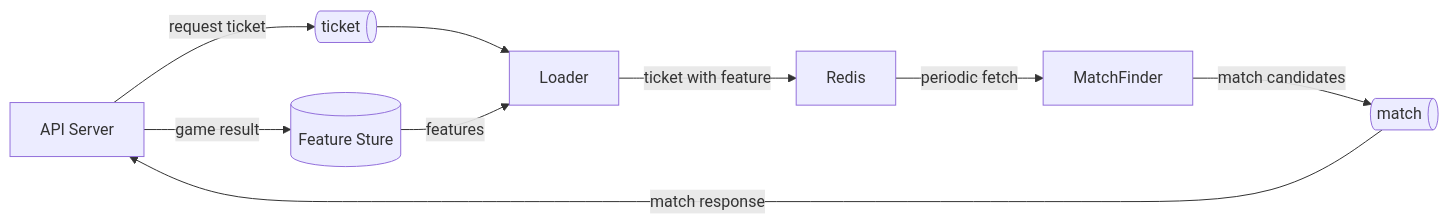
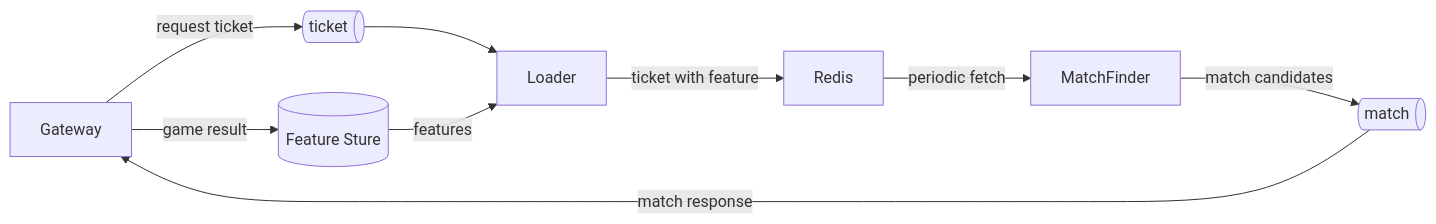
Before and after one commit to chaewonkong/matchmaker: the diagram in architecture.md, drawn with Mermaid. The commit also changed 6 other files, not shown here.

Commit message:
chore: add grpc schema

````diff
--- a/architecture.md
+++ b/architecture.md
@@ -3,19 +3,19 @@
 ```mermaid
 flowchart LR
-    A[API Server]
+    A[Gateway]
     B@{shape: das, label: "ticket"}
     C@{shape: das, label: "match"}
     D@{shape: cyl, label: "Feature Sture"}
     E[Loader]
     F[MatchFinder]
     G[Redis]
 
     A --request ticket--> B
     B -->E
     D --features--> E
     E --ticket with feature--> G
     G --periodic fetch--> F
     F --match candidates--> C
     C --match response-->A
     A --game result-->D
 ```
````
